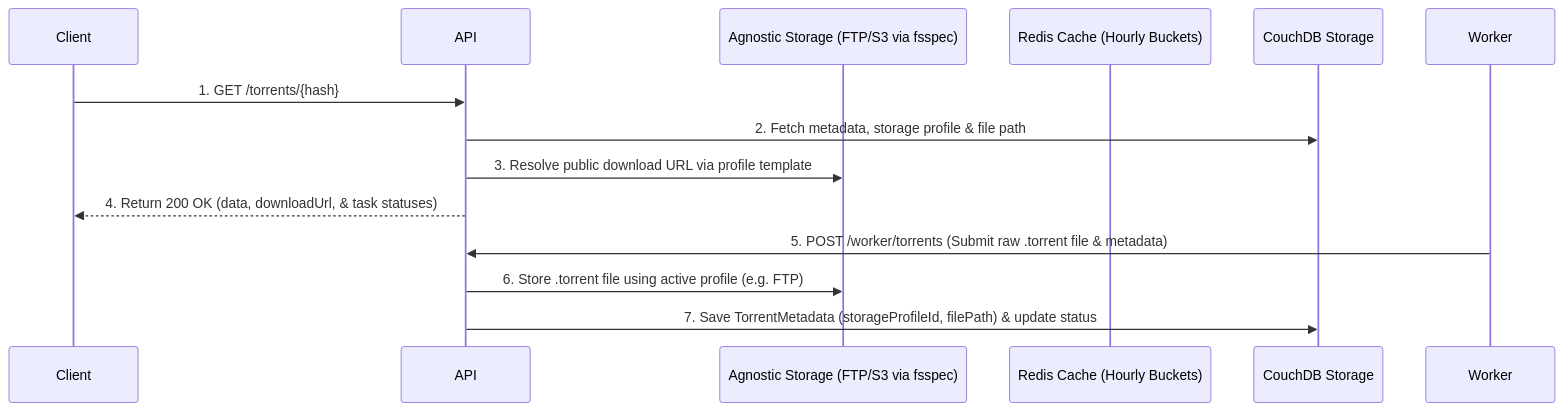
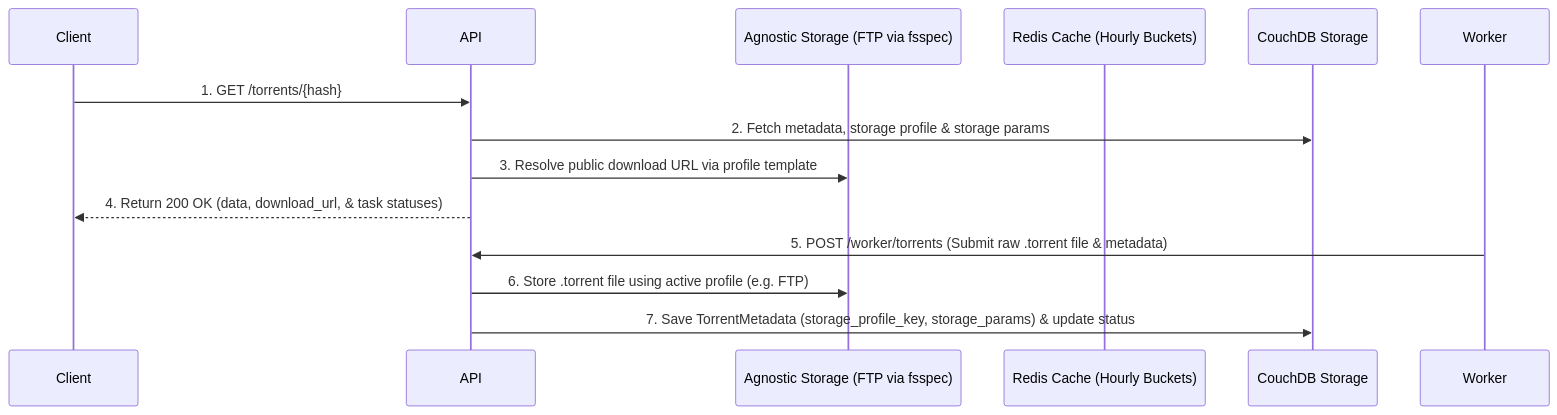
The first of 2 diagrams in .specs/features/core-resolution/plan.md (dougppaz/torrent-stats), drawn with Mermaid before and after one commit. The commit also changed other lines of this file and 1 other file, not shown here.

Commit message:
docs: update feature plan and tasks with latest architecture decisions (couchdb-python, snake_case, storage_params, salted worker keys)

````diff
--- a/.specs/features/core-resolution/plan.md
+++ b/.specs/features/core-resolution/plan.md
@@ -21,16 +21,16 @@
 ```mermaid
 sequenceDiagram
     participant Client
     participant API
-    participant Storage as Agnostic Storage (FTP/S3 via fsspec)
+    participant Storage as Agnostic Storage (FTP via fsspec)
     participant Redis as Redis Cache (Hourly Buckets)
     participant DB as CouchDB Storage
     participant Worker
     Client->>API: 1. GET /torrents/{hash}
-    API->>DB: 2. Fetch metadata, storage profile & file path
+    API->>DB: 2. Fetch metadata, storage profile & storage params
     API->>Storage: 3. Resolve public download URL via profile template
-    API-->>Client: 4. Return 200 OK (data, downloadUrl, & task statuses)
+    API-->>Client: 4. Return 200 OK (data, download_url, & task statuses)
     Worker->>API: 5. POST /worker/torrents (Submit raw .torrent file & metadata)
     API->>Storage: 6. Store .torrent file using active profile (e.g. FTP)
-    API->>DB: 7. Save TorrentMetadata (storageProfileId, filePath) & update status
+    API->>DB: 7. Save TorrentMetadata (storage_profile_key, storage_params) & update status
 ```
````
